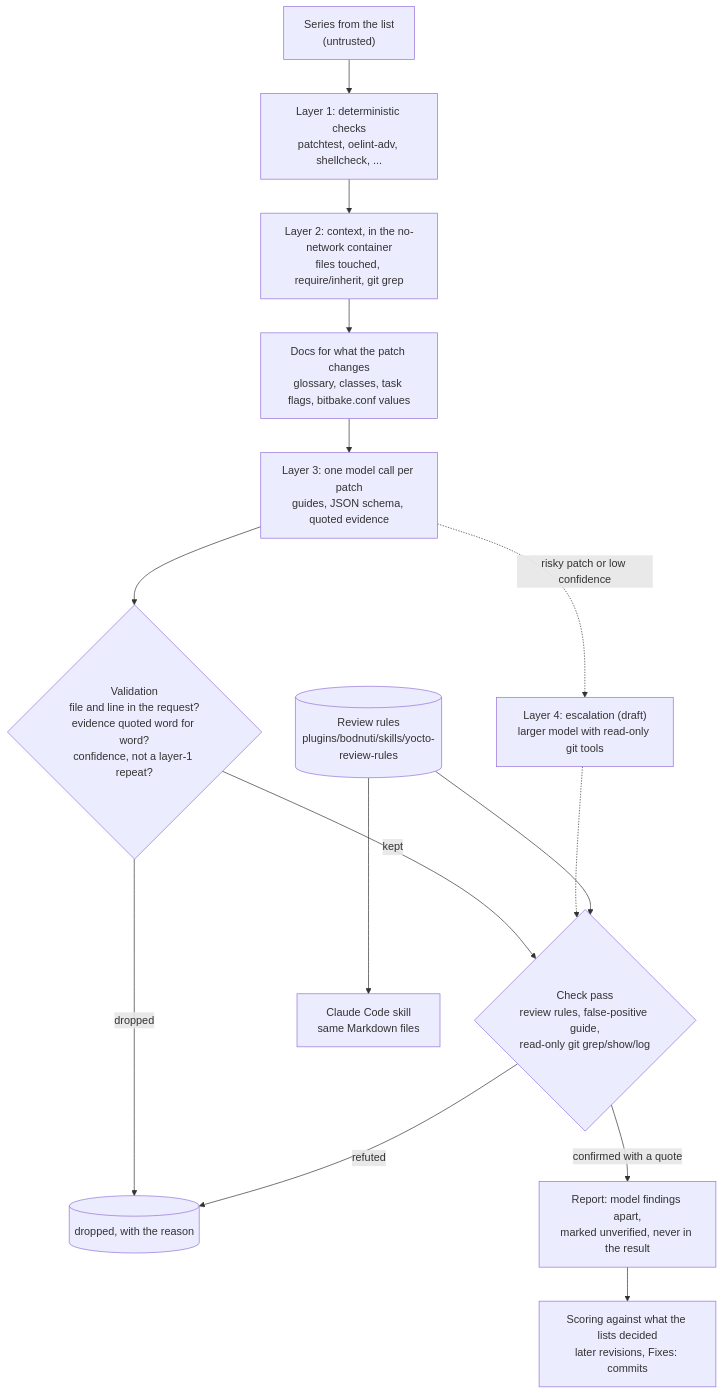
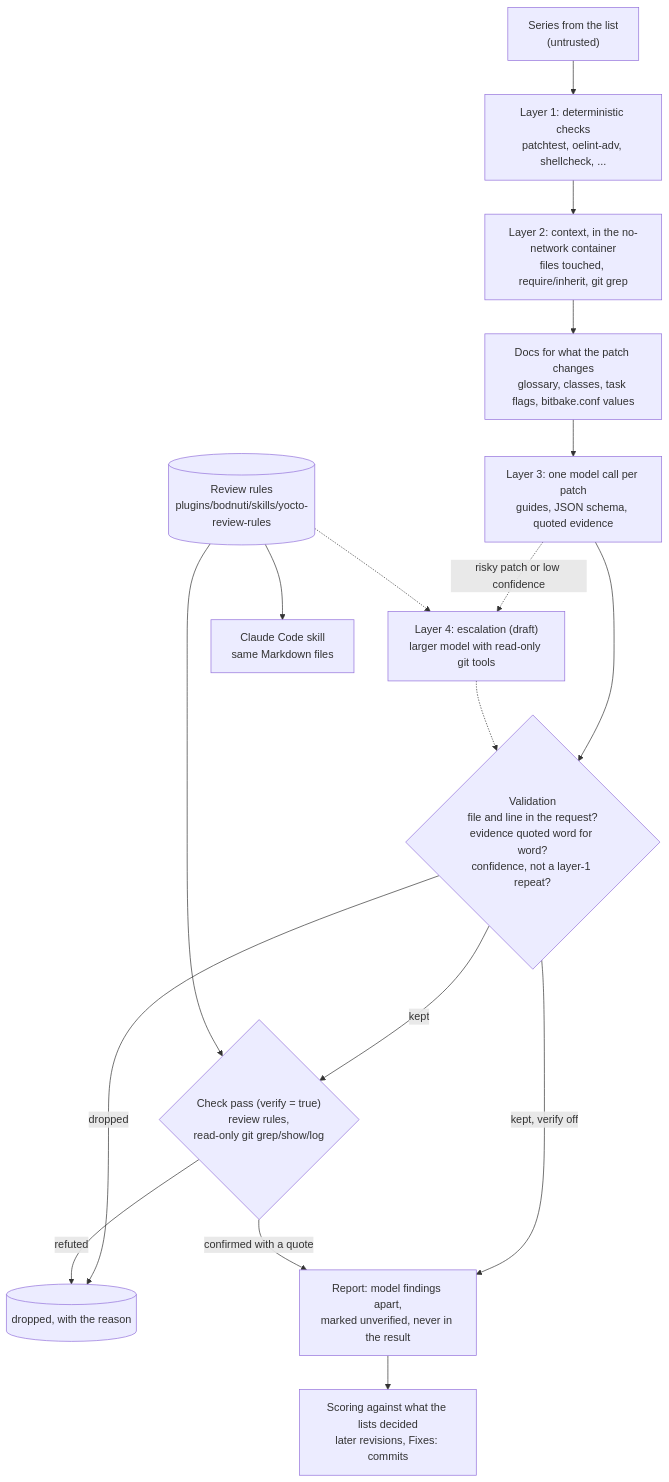
The diagram in README.md (moto-timo/bodnuti), drawn with Mermaid before and after one commit. The commit also changed other lines of this file, not shown here.

First line of the commit message:
README: the model review diagram as the code runs

````diff
--- a/README.md
+++ b/README.md
@@ -94,18 +94,20 @@
 ```mermaid
 flowchart TD
     mail["Series from the list<br/>(untrusted)"] --> l1
     l1["Layer 1: deterministic checks<br/>patchtest, oelint-adv, shellcheck, ..."] --> l2
     l2["Layer 2: context, in the no-network container<br/>files touched, require/inherit, git grep"] --> docs
     docs["Docs for what the patch changes<br/>glossary, classes, task flags, bitbake.conf values"] --> l3
     l3["Layer 3: one model call per patch<br/>guides, JSON schema, quoted evidence"] --> val
     val{"Validation<br/>file and line in the request?<br/>evidence quoted word for word?<br/>confidence, not a layer-1 repeat?"} -->|kept| check
     val -->|dropped| log[("dropped, with the reason")]
-    check{"Check pass<br/>review rules, false-positive guide,<br/>read-only git grep/show/log"} -->|confirmed with a quote| report
+    val -->|kept, verify off| report
+    check{"Check pass (verify = true)<br/>review rules,<br/>read-only git grep/show/log"} -->|confirmed with a quote| report
     check -->|refuted| log
     l3 -.->|risky patch or low confidence| l4["Layer 4: escalation (draft)<br/>larger model with read-only git tools"]
-    l4 -.-> check
+    l4 -.-> val
     report["Report: model findings apart,<br/>marked unverified, never in the result"] --> score
     score["Scoring against what the lists decided<br/>later revisions, Fixes: commits"]
     rules[("Review rules<br/>plugins/bodnuti/skills/yocto-review-rules")] --> check
+    rules -.-> l4
     rules --> plugin["Claude Code skill<br/>same Markdown files"]
 ```
````
